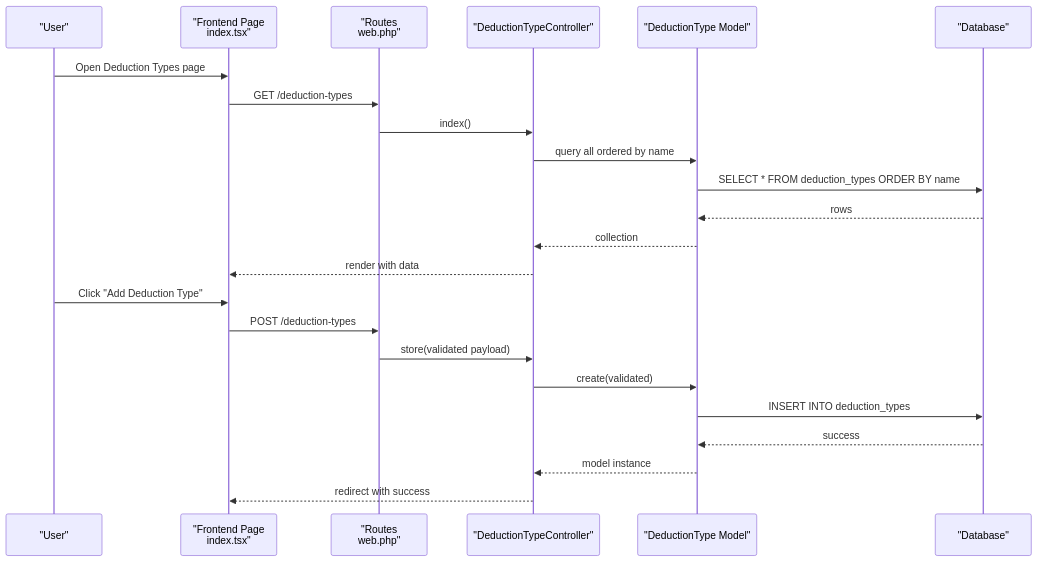
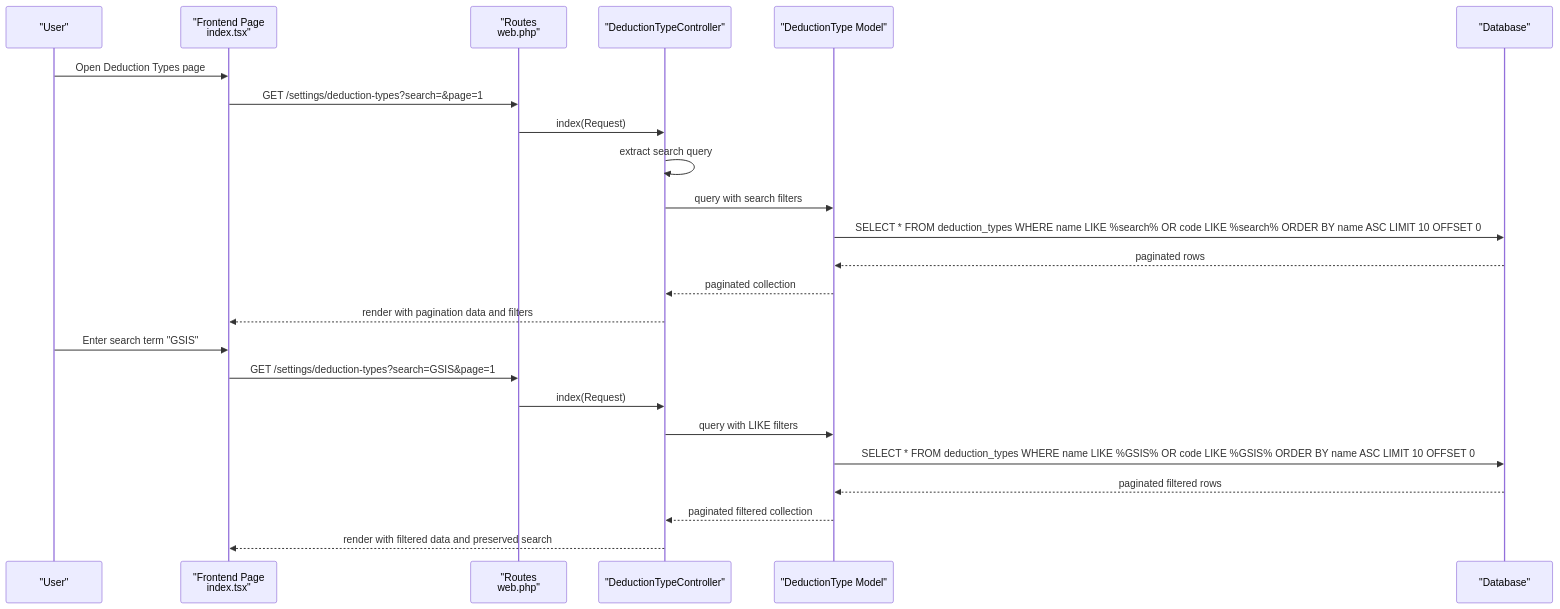
The second of 7 diagrams in .qoder/repowiki/en/content/Deduction Management/Deduction Types Configuration.md (vincet0t15/template), drawn with Mermaid before and after one commit. The commit also changed other lines of this file and 11 other files, not shown here.

````diff
--- a/.qoder/repowiki/en/content/Deduction Management/Deduction Types Configuration.md
+++ b/.qoder/repowiki/en/content/Deduction Management/Deduction Types Configuration.md
@@ -108,25 +125,26 @@
 ```mermaid
 sequenceDiagram
 participant U as "User"
 participant FE as "Frontend Page<br/>index.tsx"
 participant RT as "Routes<br/>web.php"
 participant CTRL as "DeductionTypeController"
 participant MODEL as "DeductionType Model"
 participant DB as "Database"
 U->>FE : Open Deduction Types page
-FE->>RT : GET /deduction-types
-RT->>CTRL : index()
-CTRL->>MODEL : query all ordered by name
-MODEL->>DB : SELECT * FROM deduction_types ORDER BY name
-DB-->>MODEL : rows
-MODEL-->>CTRL : collection
-CTRL-->>FE : render with data
-U->>FE : Click "Add Deduction Type"
-FE->>RT : POST /deduction-types
-RT->>CTRL : store(validated payload)
-CTRL->>MODEL : create(validated)
-MODEL->>DB : INSERT INTO deduction_types
-DB-->>MODEL : success
-MODEL-->>CTRL : model instance
-CTRL-->>FE : redirect with success
+FE->>RT : GET /settings/deduction-types?search=&page=1
+RT->>CTRL : index(Request)
+CTRL->>CTRL : extract search query
+CTRL->>MODEL : query with search filters
+MODEL->>DB : SELECT * FROM deduction_types WHERE name LIKE %search% OR code LIKE %search% ORDER BY name ASC LIMIT 10 OFFSET 0
+DB-->>MODEL : paginated rows
+MODEL-->>CTRL : paginated collection
+CTRL-->>FE : render with pagination data and filters
+U->>FE : Enter search term "GSIS"
+FE->>RT : GET /settings/deduction-types?search=GSIS&page=1
+RT->>CTRL : index(Request)
+CTRL->>MODEL : query with LIKE filters
+MODEL->>DB : SELECT * FROM deduction_types WHERE name LIKE %GSIS% OR code LIKE %GSIS% ORDER BY name ASC LIMIT 10 OFFSET 0
+DB-->>MODEL : paginated filtered rows
+MODEL-->>CTRL : paginated filtered collection
+CTRL-->>FE : render with filtered data and preserved search
 ```
````
